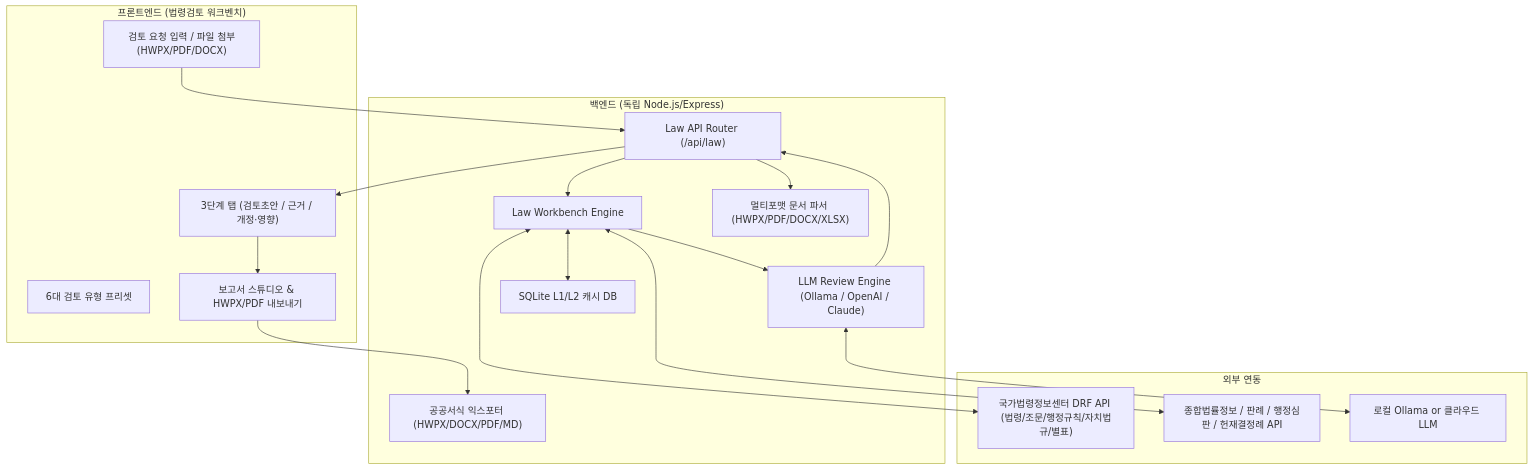
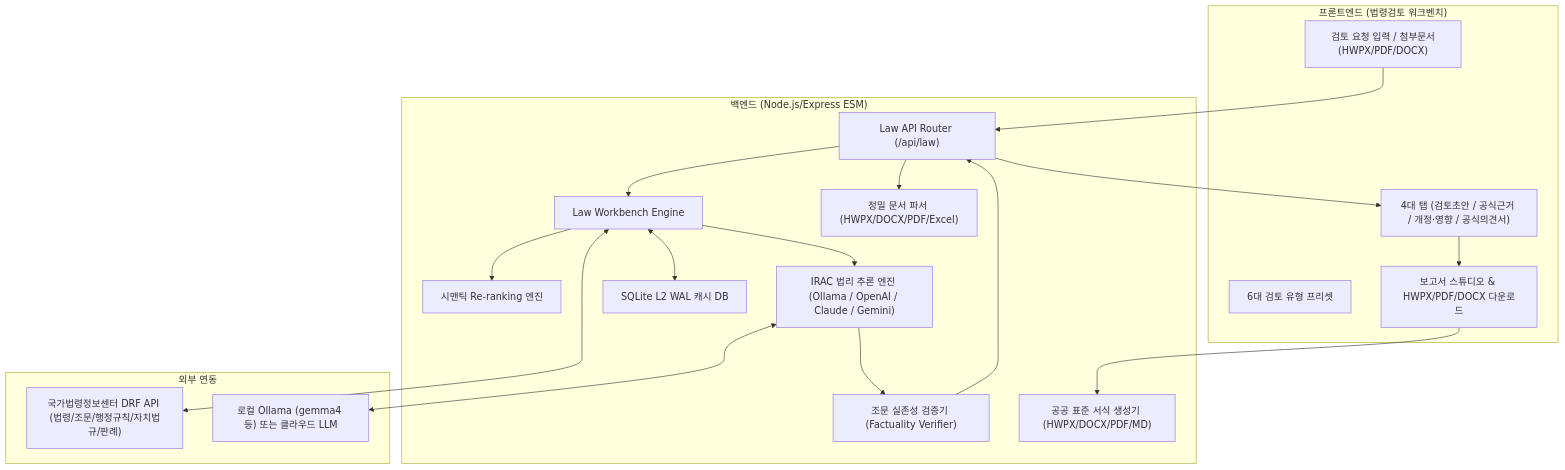
The diagram in docs/implementation_plan.md (Ubermensch216/legal_review), drawn with Mermaid before and after one commit. The commit also changed other lines of this file and 5 other files, not shown here.

````diff
--- a/docs/implementation_plan.md
+++ b/docs/implementation_plan.md
@@ -12,37 +11,39 @@
 ```mermaid
 flowchart TB
     subgraph Client["프론트엔드 (법령검토 워크벤치)"]
-        UI_Input["검토 요청 입력 / 파일 첨부(HWPX/PDF/DOCX)"]
+        UI_Input["검토 요청 입력 / 첨부문서(HWPX/PDF/DOCX)"]
         UI_Presets["6대 검토 유형 프리셋"]
-        UI_Tabs["3단계 탭 (검토초안 / 근거 / 개정·영향)"]
-        UI_Studio["보고서 스튜디오 & HWPX/PDF 내보내기"]
+        UI_Tabs["4대 탭 (검토초안 / 공식근거 / 개정·영향 / 공식의견서)"]
+        UI_Studio["보고서 스튜디오 & HWPX/PDF/DOCX 다운로드"]
     end
 
-    subgraph Server["백엔드 (독립 Node.js/Express)"]
+    subgraph Server["백엔드 (Node.js/Express ESM)"]
         API_Router["Law API Router (/api/law)"]
         WB_Builder["Law Workbench Engine"]
-        LLM_Engine["LLM Review Engine (Ollama / OpenAI / Claude)"]
-        Doc_Parser["멀티포맷 문서 파서 (HWPX/PDF/DOCX/XLSX)"]
-        Export_Engine["공공서식 익스포터 (HWPX/DOCX/PDF/MD)"]
-        Cache_DB["SQLite L1/L2 캐시 DB"]
+        ReRanker["시맨틱 Re-ranking 엔진"]
+        Verifier["조문 실존성 검증기 (Factuality Verifier)"]
+        LLM_Engine["IRAC 법리 추론 엔진 (Ollama / OpenAI / Claude / Gemini)"]
+        Doc_Parser["정밀 문서 파서 (HWPX/DOCX/PDF/Excel)"]
+        Export_Engine["공공 표준 서식 생성기 (HWPX/DOCX/PDF/MD)"]
+        Cache_DB["SQLite L2 WAL 캐시 DB"]
     end
 
     subgraph External["외부 연동"]
-        Law_DRF["국가법령정보센터 DRF API (법령/조문/행정규칙/자치법규/별표)"]
-        Decisions_API["종합법률정보 / 판례 / 행정심판 / 헌재결정례 API"]
-        LLM_Service["로컬 Ollama or 클라우드 LLM"]
+        Law_DRF["국가법령정보센터 DRF API (법령/조문/행정규칙/자치법규/판례)"]
+        LLM_Service["로컬 Ollama (gemma4 등) 또는 클라우드 LLM"]
     end
 
     UI_Input --> API_Router
     API_Router --> Doc_Parser
     API_Router --> WB_Builder
     WB_Builder <--> Cache_DB
     WB_Builder <--> Law_DRF
-    WB_Builder <--> Decisions_API
+    WB_Builder --> ReRanker
     WB_Builder --> LLM_Engine
     LLM_Engine <--> LLM_Service
-    LLM_Engine --> API_Router
+    LLM_Engine --> Verifier
+    Verifier --> API_Router
     API_Router --> UI_Tabs
     UI_Tabs --> UI_Studio
     UI_Studio --> Export_Engine
 ```
````
